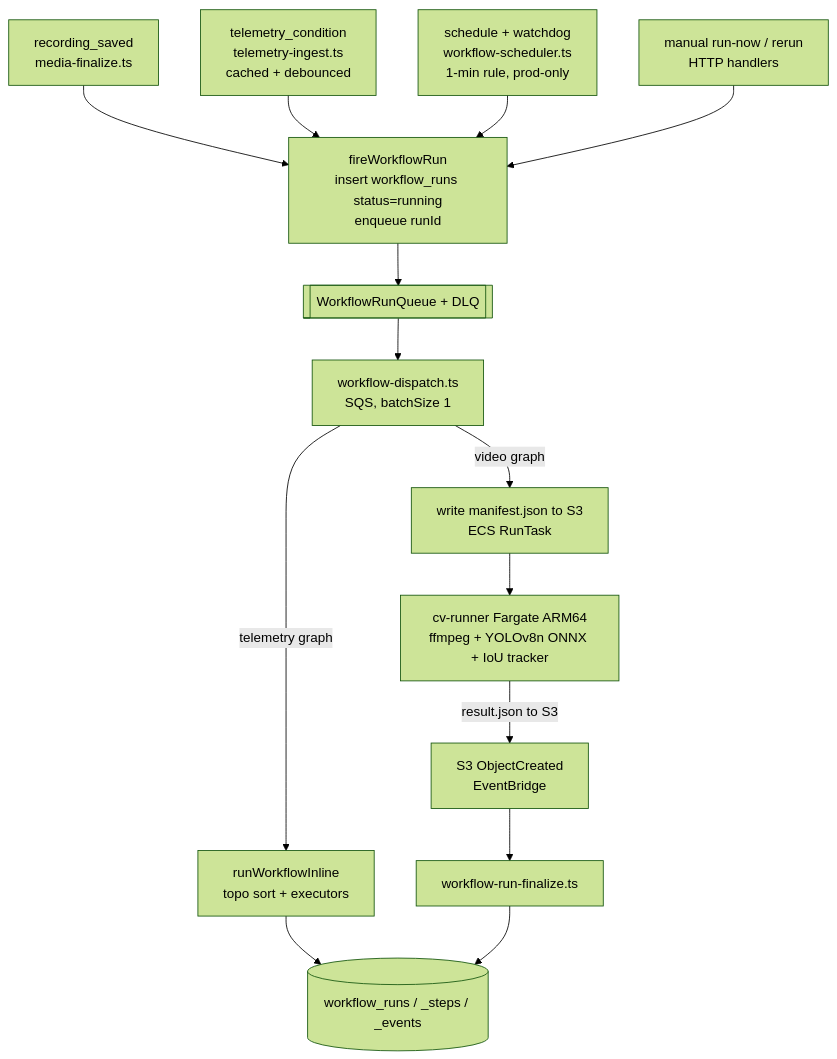
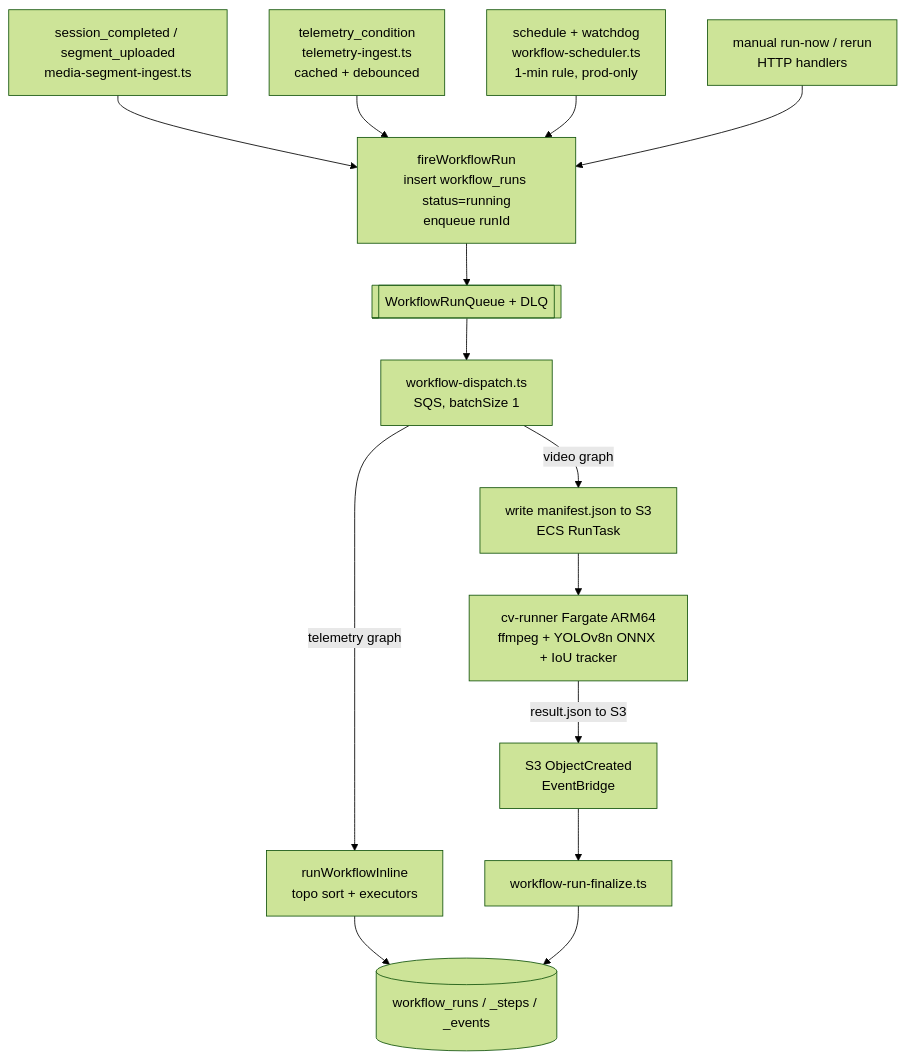
One commit to epyelabs/xorgate-core-service changed the diagram in README.md. Above: the diagram before and after it, drawn with Mermaid (forest theme). The commit also changed other lines of this file, not shown here.

````diff
--- a/README.md
+++ b/README.md
@@ -136,16 +117,16 @@
 ```mermaid
 flowchart TD
-  A[recording_saved<br/>media-finalize.ts] --> F
+  A[session_completed / segment_uploaded<br/>media-segment-ingest.ts] --> F
   B[telemetry_condition<br/>telemetry-ingest.ts<br/>cached + debounced] --> F
   C[schedule + watchdog<br/>workflow-scheduler.ts<br/>1-min rule, prod-only] --> F
   D[manual run-now / rerun<br/>HTTP handlers] --> F
   F[fireWorkflowRun<br/>insert workflow_runs status=running<br/>enqueue runId] --> Q[[WorkflowRunQueue + DLQ]]
   Q --> DISP[workflow-dispatch.ts<br/>SQS, batchSize 1]
   DISP -->|telemetry graph| INLINE[runWorkflowInline<br/>topo sort + executors]
   DISP -->|video graph| MAN[write manifest.json to S3<br/>ECS RunTask]
   MAN --> CV[cv-runner Fargate ARM64<br/>ffmpeg + YOLOv8n ONNX + IoU tracker]
   CV -->|result.json to S3| RULE[S3 ObjectCreated<br/>EventBridge]
   RULE --> FIN[workflow-run-finalize.ts]
   INLINE --> DB[(workflow_runs / _steps / _events)]
   FIN --> DB
 ```
````
